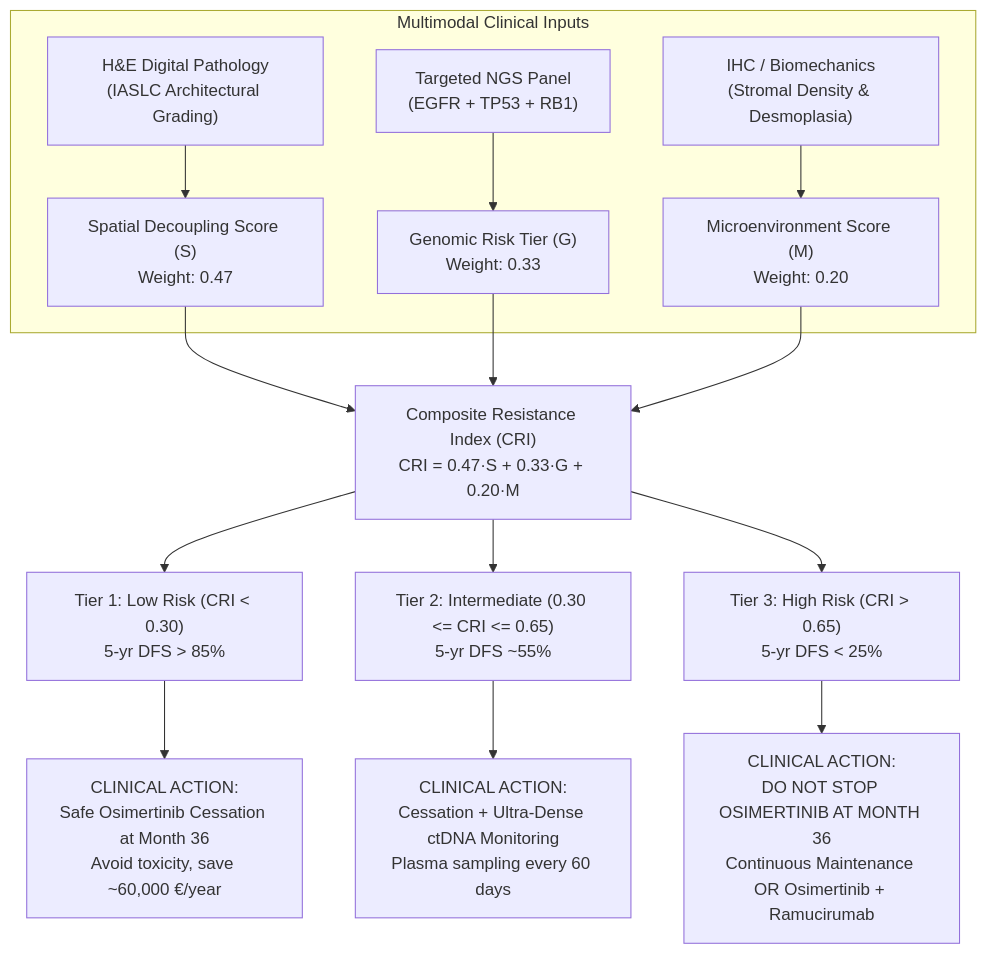
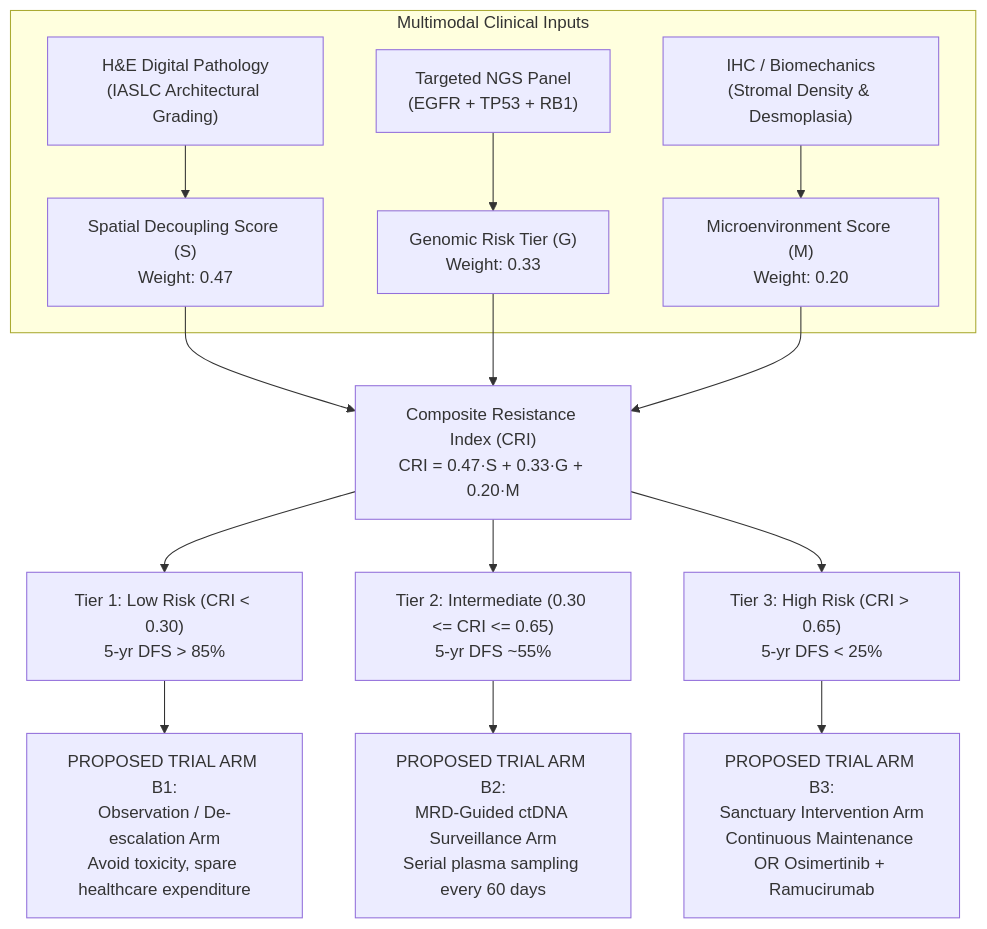
Before and after one commit to Lukecele/spatial-continuum-oncology: the first of 2 diagrams in 03_PROTOCOLLO_TRIAL_FASE_3_SG_ADAURA_E_CRI.md, drawn with Mermaid. The commit also changed other lines of this file and 12 other files, not shown here.

````diff
--- a/03_PROTOCOLLO_TRIAL_FASE_3_SG_ADAURA_E_CRI.md
+++ b/03_PROTOCOLLO_TRIAL_FASE_3_SG_ADAURA_E_CRI.md
@@ -21,20 +23,20 @@
 ```mermaid
 flowchart TD
     subgraph Inputs["Multimodal Clinical Inputs"]
         H["H&E Digital Pathology<br/>(IASLC Architectural Grading)"] --> S["Spatial Decoupling Score (S)<br/>Weight: 0.47"]
         NGS["Targeted NGS Panel<br/>(EGFR + TP53 + RB1)"] --> G["Genomic Risk Tier (G)<br/>Weight: 0.33"]
         IHC["IHC / Biomechanics<br/>(Stromal Density & Desmoplasia)"] --> M["Microenvironment Score (M)<br/>Weight: 0.20"]
     end
 
     S --> CRI["Composite Resistance Index (CRI)<br/>CRI = 0.47·S + 0.33·G + 0.20·M"]
     G --> CRI
     M --> CRI
 
     CRI --> T1["Tier 1: Low Risk (CRI < 0.30)<br/>5-yr DFS > 85%"]
     CRI --> T2["Tier 2: Intermediate (0.30 <= CRI <= 0.65)<br/>5-yr DFS ~55%"]
     CRI --> T3["Tier 3: High Risk (CRI > 0.65)<br/>5-yr DFS < 25%"]
 
-    T1 --> Act1["CLINICAL ACTION:<br/>Safe Osimertinib Cessation at Month 36<br/>Avoid toxicity, save ~60,000 €/year"]
-    T2 --> Act2["CLINICAL ACTION:<br/>Cessation + Ultra-Dense ctDNA Monitoring<br/>Plasma sampling every 60 days"]
-    T3 --> Act3["CLINICAL ACTION:<br/>DO NOT STOP OSIMERTINIB AT MONTH 36<br/>Continuous Maintenance OR Osimertinib + Ramucirumab"]
+    T1 --> Act1["PROPOSED TRIAL ARM B1:<br/>Observation / De-escalation Arm<br/>Avoid toxicity, spare healthcare expenditure"]
+    T2 --> Act2["PROPOSED TRIAL ARM B2:<br/>MRD-Guided ctDNA Surveillance Arm<br/>Serial plasma sampling every 60 days"]
+    T3 --> Act3["PROPOSED TRIAL ARM B3:<br/>Sanctuary Intervention Arm<br/>Continuous Maintenance OR Osimertinib + Ramucirumab"]
 ```
````
